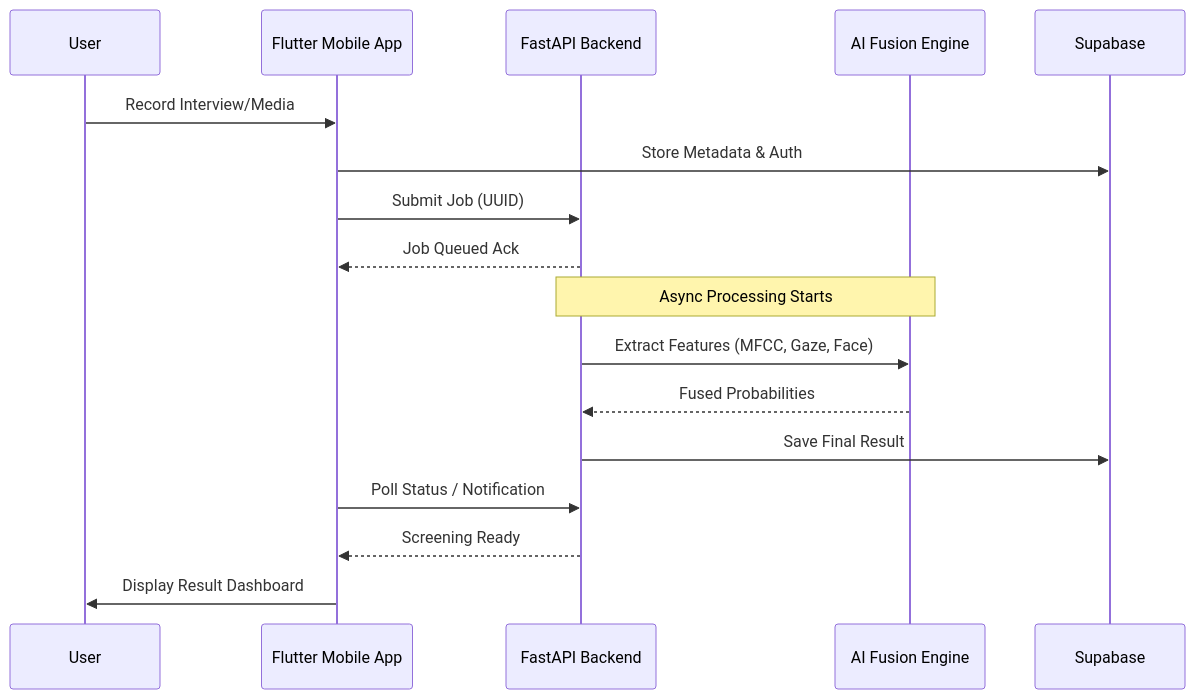
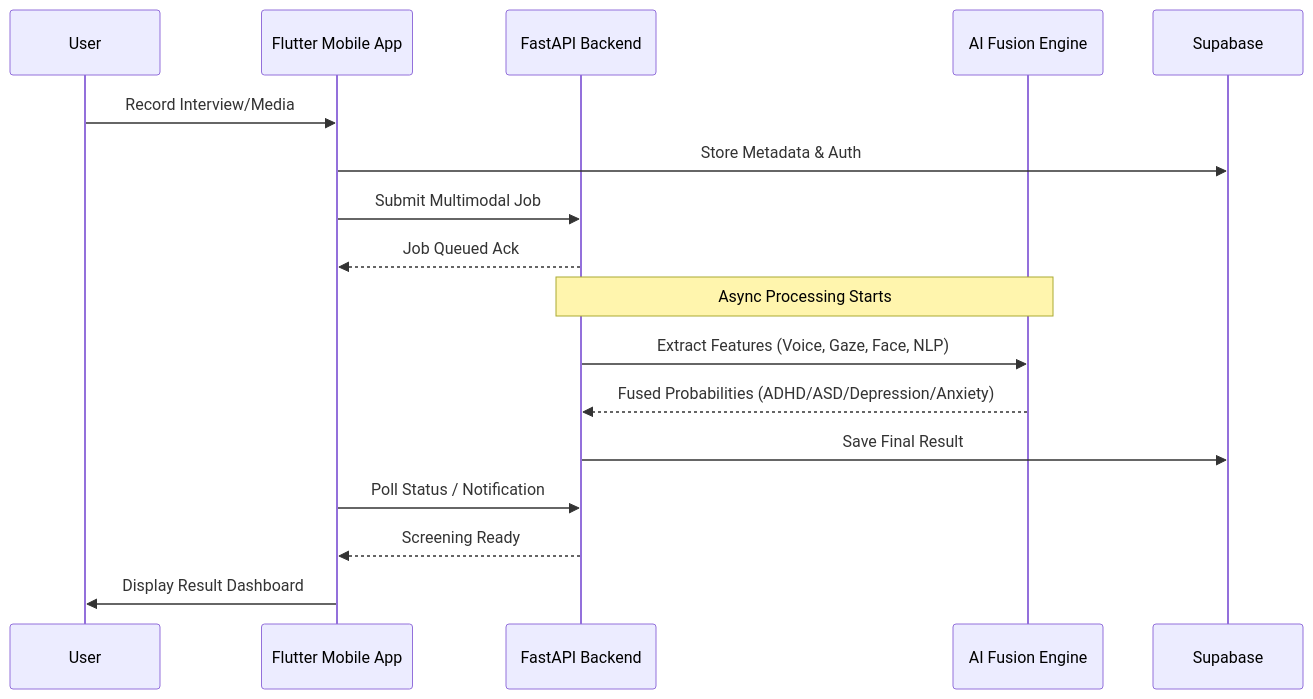
One commit to A7med580/AI-mental-Health changed the diagram in README.md. Above: the diagram before and after it, drawn with Mermaid. The commit also changed other lines of this file and 3 other files, not shown here.

````diff
--- a/README.md
+++ b/README.md
@@ -30,20 +36,20 @@
 ```mermaid
 sequenceDiagram
     participant User
     participant App as Flutter Mobile App
     participant API as FastAPI Backend
     participant Models as AI Fusion Engine
     participant DB as Supabase
 
     User->>App: Record Interview/Media
     App->>DB: Store Metadata & Auth
-    App->>API: Submit Job (UUID)
+    App->>API: Submit Multimodal Job
     API-->>App: Job Queued Ack
     Note over API,Models: Async Processing Starts
-    API->>Models: Extract Features (MFCC, Gaze, Face)
-    Models-->>API: Fused Probabilities
+    API->>Models: Extract Features (Voice, Gaze, Face, NLP)
+    Models-->>API: Fused Probabilities (ADHD/ASD/Depression/Anxiety)
     API->>DB: Save Final Result
     App->>API: Poll Status / Notification
     API-->>App: Screening Ready
     App->>User: Display Result Dashboard
 ```
````
